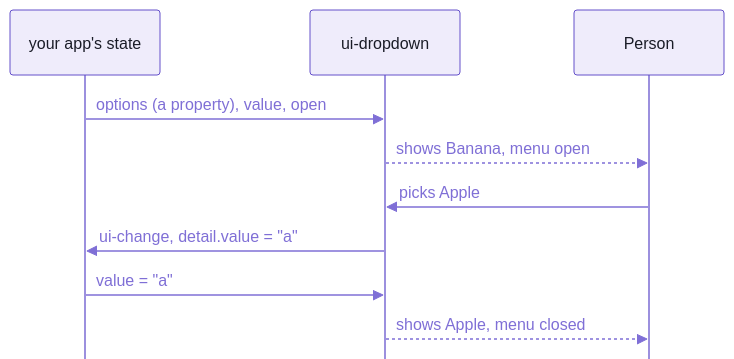
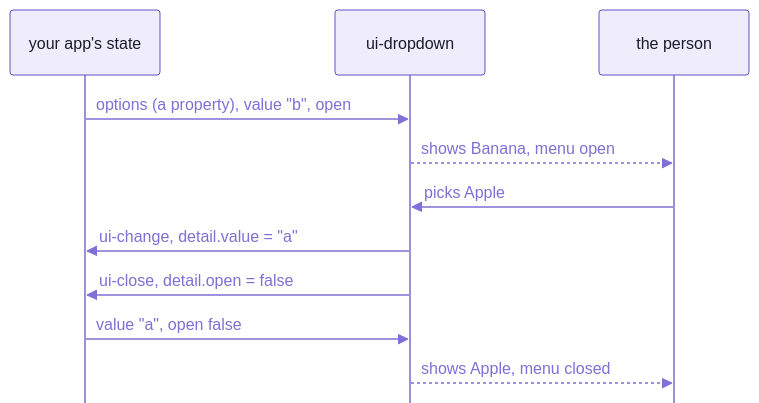
One commit to spell-app/spell changed the diagram in ui/README-frameworks.md. Above: the diagram before and after it, drawn with Mermaid. The commit also changed other lines of this file and 9 other files, not shown here.

````diff
--- a/ui/README-frameworks.md
+++ b/ui/README-frameworks.md
@@ -20,13 +64,14 @@
 ```mermaid
 %%{init: {"theme":"base","themeVariables":{"fontFamily":"-apple-system, BlinkMacSystemFont, Segoe UI, Helvetica, Arial, sans-serif","fontSize":"15px","primaryColor":"#EFECFB","primaryBorderColor":"#6550CA","primaryTextColor":"#1A1C27","secondaryColor":"#F4F1E9","tertiaryColor":"#F7F6FC","lineColor":"#7F6FD6","textColor":"#7F6FD6","clusterBkg":"#F7F6FC","clusterBorder":"#B9B0E8","titleColor":"#1A1C27","edgeLabelBackground":"#F7F6FC","actorBkg":"#EFECFB","actorBorder":"#6550CA","actorTextColor":"#1A1C27","actorLineColor":"#9C90DE","signalColor":"#7F6FD6","signalTextColor":"#7F6FD6","labelBoxBkgColor":"#EFECFB","labelBoxBorderColor":"#6550CA","labelTextColor":"#1A1C27","loopTextColor":"#7F6FD6","noteBkgColor":"#F1E7D4","noteBorderColor":"#C9B48A","noteTextColor":"#1A1C27","activationBkgColor":"#DCD6F7","activationBorderColor":"#6550CA","sequenceNumberColor":"#FFFFFF"},"sequence":{"mirrorActors":false,"messageAlign":"left","noteAlign":"left"}}}%%
 sequenceDiagram
   participant App as your app's state
   participant El as ui-dropdown
-  participant Person
-  App->>El: options (a property), value, open
+  participant Person as the person
+  App->>El: options (a property), value "b", open
   El-->>Person: shows Banana, menu open
   Person->>El: picks Apple
   El->>App: ui-change, detail.value = "a"
-  App->>El: value = "a"
+  El->>App: ui-close, detail.open = false
+  App->>El: value "a", open false
   El-->>Person: shows Apple, menu closed
 ```
````
